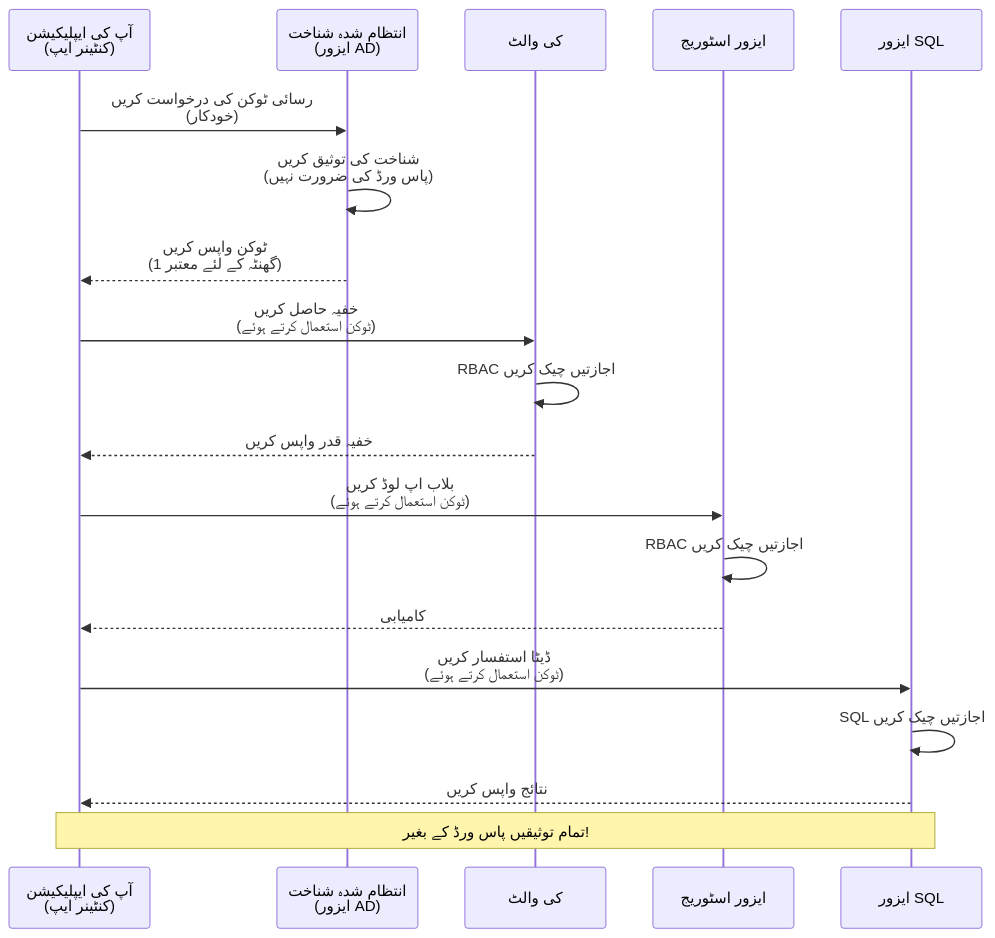
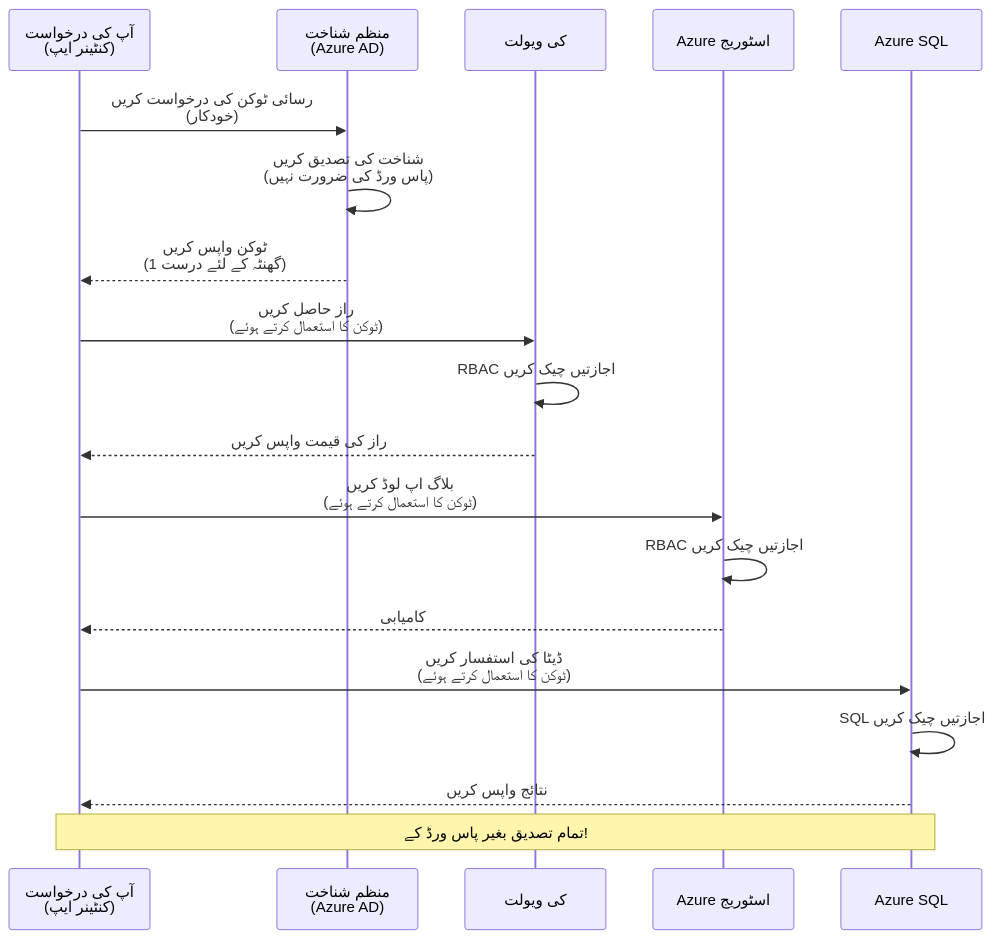
Before and after one commit to microsoft/AZD-for-beginners: the first of 2 diagrams in translations/ur/docs/chapter-03-configuration/authsecurity.md, drawn with Mermaid. The commit also changed other lines of this file and 101 other files, not shown here.

````diff
--- a/translations/ur/docs/chapter-03-configuration/authsecurity.md
+++ b/translations/ur/docs/chapter-03-configuration/authsecurity.md
@@ -69,26 +69,26 @@
 ```mermaid
 sequenceDiagram
-    participant App as آپ کی ایپلیکیشن<br/>(کنٹینر ایپ)
-    participant MI as انتظام شدہ شناخت<br/>(ایزور AD)
-    participant KV as کی والٹ
-    participant Storage as ایزور اسٹوریج
-    participant DB as ایزور SQL
+    participant App as آپ کی درخواست<br/>(کنٹینر ایپ)
+    participant MI as منظم شناخت<br/>(Azure AD)
+    participant KV as کی ویولت
+    participant Storage as Azure اسٹوریج
+    participant DB as Azure SQL
     
     App->>MI: رسائی ٹوکن کی درخواست کریں<br/>(خودکار)
-    MI->>MI: شناخت کی توثیق کریں<br/>(پاس ورڈ کی ضرورت نہیں)
-    MI-->>App: ٹوکن واپس کریں<br/>(1 گھنٹہ کے لئے معتبر)
+    MI->>MI: شناخت کی تصدیق کریں<br/>(پاس ورڈ کی ضرورت نہیں)
+    MI-->>App: ٹوکن واپس کریں<br/>(1 گھنٹہ کے لئے درست)
     
-    App->>KV: خفیہ حاصل کریں<br/>(ٹوکن استعمال کرتے ہوئے)
+    App->>KV: راز حاصل کریں<br/>(ٹوکن کا استعمال کرتے ہوئے)
     KV->>KV: RBAC اجازتیں چیک کریں
-    KV-->>App: خفیہ قدر واپس کریں
+    KV-->>App: راز کی قیمت واپس کریں
     
-    App->>Storage: بلاب اپ لوڈ کریں<br/>(ٹوکن استعمال کرتے ہوئے)
+    App->>Storage: بلاگ اپ لوڈ کریں<br/>(ٹوکن کا استعمال کرتے ہوئے)
     Storage->>Storage: RBAC اجازتیں چیک کریں
     Storage-->>App: کامیابی
     
-    App->>DB: ڈیٹا استفسار کریں<br/>(ٹوکن استعمال کرتے ہوئے)
+    App->>DB: ڈیٹا کی استفسار کریں<br/>(ٹوکن کا استعمال کرتے ہوئے)
     DB->>DB: SQL اجازتیں چیک کریں
     DB-->>App: نتائج واپس کریں
     
-    Note over App,DB: تمام توثیقیں پاس ورڈ کے بغیر!
+    Note over App,DB: تمام تصدیق بغیر پاس ورڈ کے!
 ```
````
